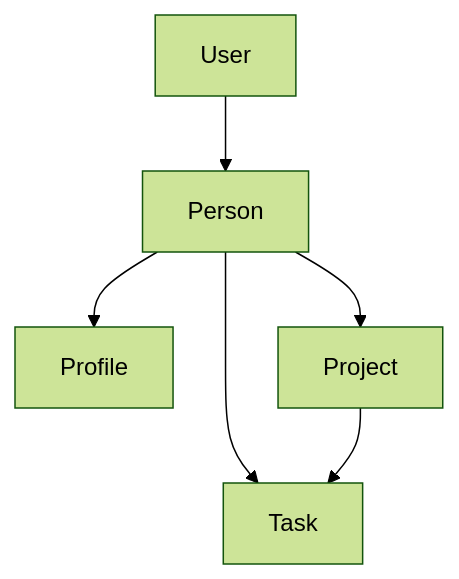
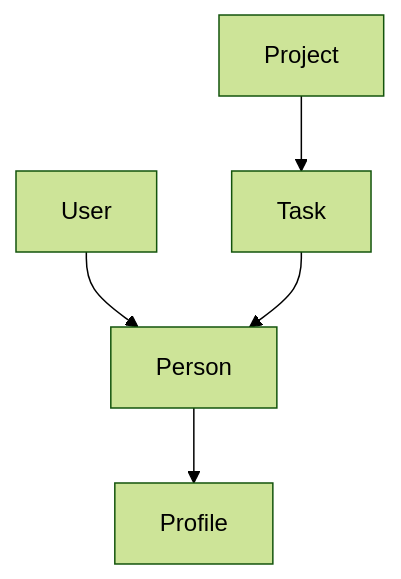
One commit to DevIgorTeles/lista-de-tarefas changed the diagram in README.md. Above: the diagram before and after it, drawn with Mermaid (forest theme). The commit also changed other lines of this file and 1 other file, not shown here.

````diff
--- a/README.md
+++ b/README.md
@@ -306,8 +296,7 @@
 ```mermaid
 graph TD
     A[User] --> B[Person]
     B --> C[Profile]
-    B --> D[Task]
-    E[Project] --> D
-    B --> E
+    E[Project] --> D[Task]
+    D --> B
 ```
````
